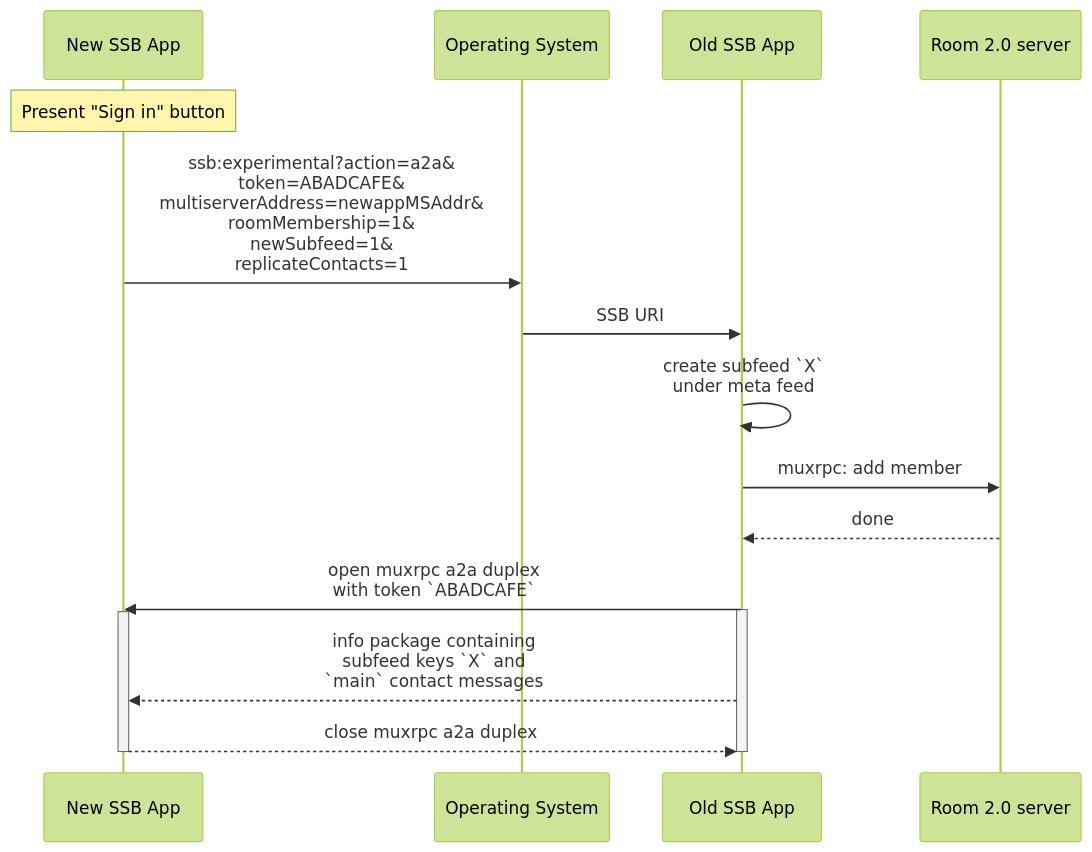
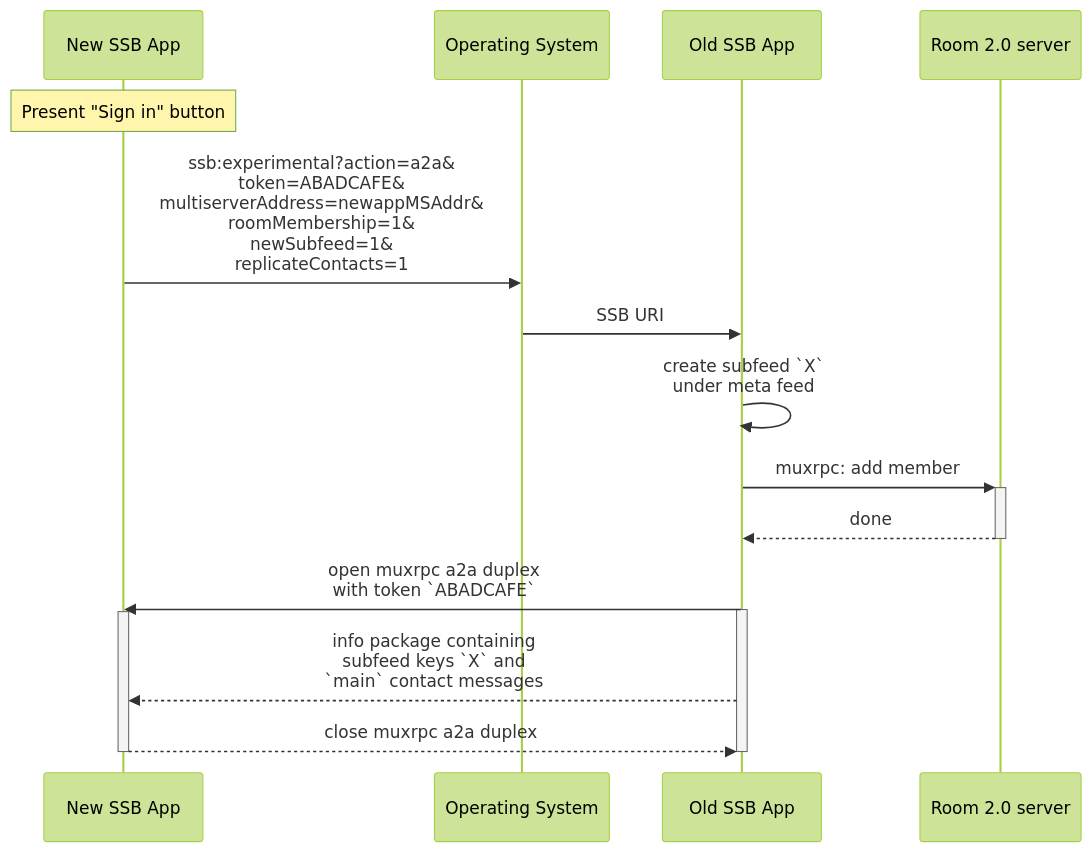
One commit to ssb-ngi-pointer/a2a-spec-archived changed the first of 3 diagrams in Examples.md. Above: the diagram before and after it, drawn with Mermaid (forest theme). The commit also changed 1 other file, not shown here.

Commit message:
tidy sequence diagram for example 1

````diff
--- a/Examples.md
+++ b/Examples.md
@@ -7,21 +7,21 @@
 ```mermaid
 sequenceDiagram
   participant new as New SSB App
   participant os as Operating System
   participant old as Old SSB App
   participant room as Room 2.0 server
 
   Note over new: Present "Sign in" button
   new->>os: ssb:experimental?action=a2a&<br/>token=ABADCAFE&<br/>multiserverAddress=newappMSAddr&<br/>roomMembership=1&<br/>newSubfeed=1&<br/>replicateContacts=1
   os->>old: SSB URI
   old->>old: create subfeed `X`<br/> under meta feed
-  old->>room: muxrpc: add member
-  room-->>old: done
+  old->>+room: muxrpc: add member
+  room-->>-old: done
   old->>new: open muxrpc a2a duplex<br/>with token `ABADCAFE`
   activate old
   activate new
   old-->>new: info package containing<br/>subfeed keys `X` and<br/>`main` contact messages
   new-->>old: close muxrpc a2a duplex
   deactivate new
   deactivate old
 ```
````
